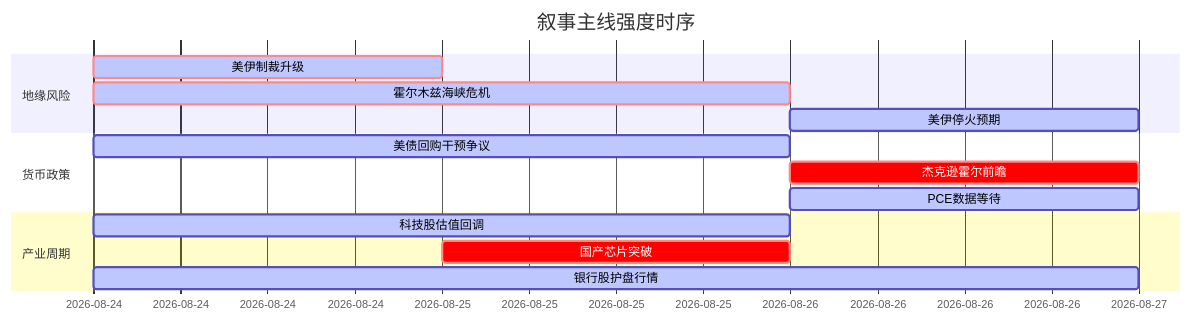
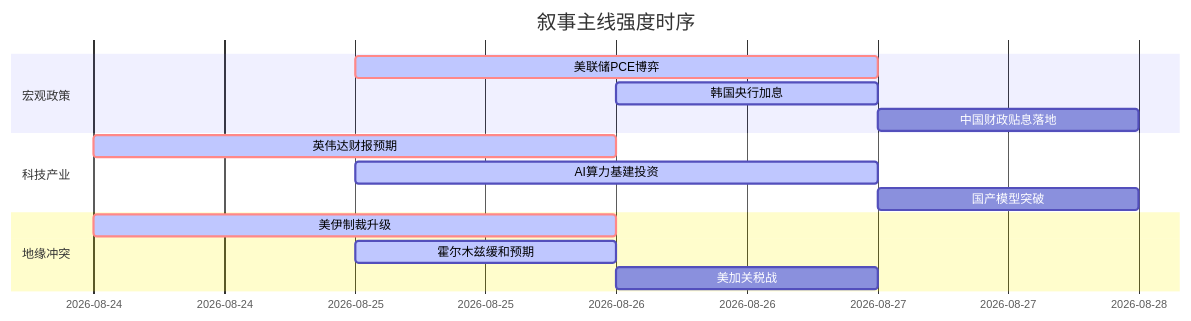
Before and after one commit to uu5zn/uu5zn.github.io: the diagram in 5day_report.md, drawn with Mermaid. The commit also changed other lines of this file and 23 other files, not shown here.

````diff
--- a/5day_report.md
+++ b/5day_report.md
@@ -86,19 +58,19 @@
 ```mermaid
 gantt
     title 叙事主线强度时序
     dateFormat YYYY-MM-DD
-    section 地缘风险
-    美伊制裁升级       :crit, active, 2026-08-24, 1d
-    霍尔木兹海峡危机   :crit, active, 2026-08-24, 2d
-    美伊停火预期       :active, 2026-08-26, 1d
+    section 宏观政策
+    美联储PCE博弈   :crit, active, 2026-08-25, 2d
+    韩国央行加息    :active, 2026-08-26, 1d
+    中国财政贴息落地 :2026-08-27, 1d
     
-    section 货币政策
-    美债回购干预争议   :active, 2026-08-24, 2d
-    杰克逊霍尔前瞻     :crit, 2026-08-26, 1d
-    PCE数据等待       :active, 2026-08-26, 1d
+    section 科技产业
+    英伟达财报预期  :crit, active, 2026-08-24, 2d
+    AI算力基建投资  :active, 2026-08-25, 2d
+    国产模型突破    :2026-08-27, 1d
     
-    section 产业周期
-    科技股估值回调     :active, 2026-08-24, 2d
-    国产芯片突破       :crit, 2026-08-25, 1d
-    银行股护盘行情     :active, 2026-08-24, 3d
+    section 地缘冲突
+    美伊制裁升级    :crit, active, 2026-08-24, 2d
+    霍尔木兹缓和预期:active, 2026-08-25, 1d
+    美加关税战      :2026-08-26, 1d
 ```
````
